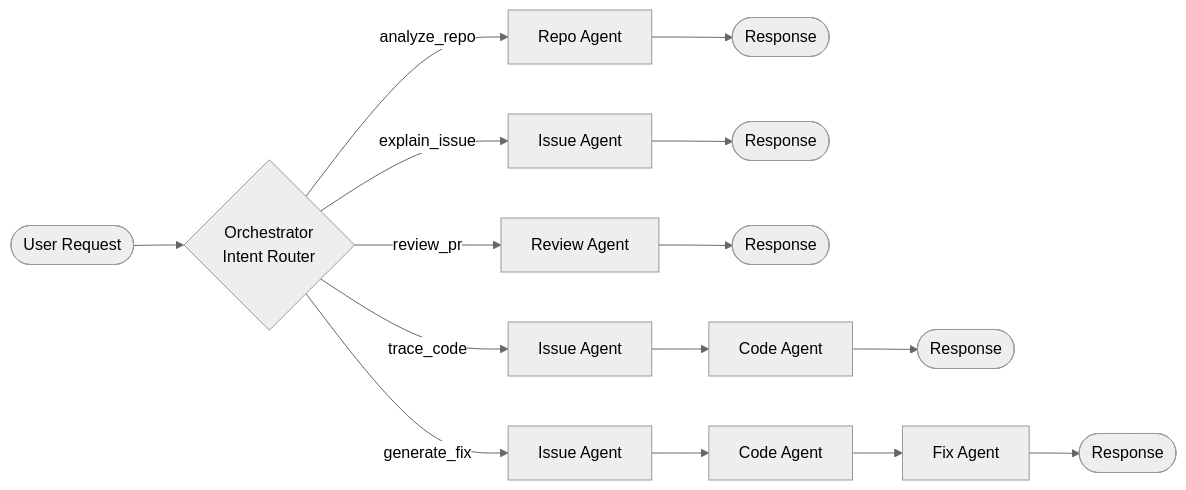
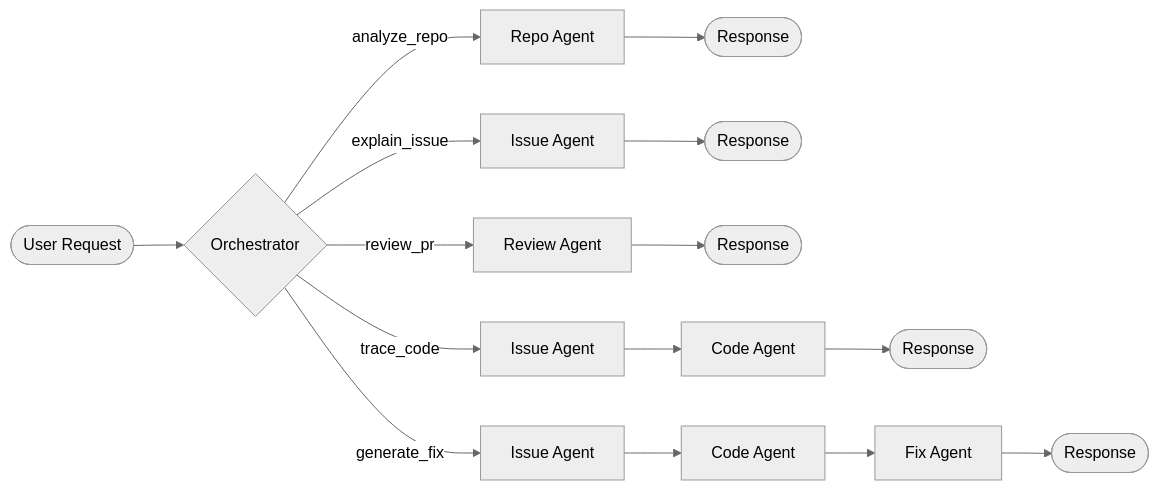
Before and after one commit to SSbhadoria21/Open-Source-Agent: the second of 2 diagrams in Readme.md, drawn with Mermaid (neutral theme). The commit also changed other lines of this file, not shown here.

````diff
--- a/Readme.md
+++ b/Readme.md
@@ -140,12 +90,10 @@
 ```mermaid
 flowchart LR
-    REQ([User Request]) --> ORCH{Orchestrator\nIntent Router}
+    REQ([User Request]) --> ORCH{Orchestrator}
 
-    ORCH -- analyze_repo --> REPO[Repo Agent] --> R1([Response])
-    ORCH -- explain_issue --> ISSUE[Issue Agent] --> R2([Response])
-    ORCH -- review_pr --> REVIEW[Review Agent] --> R3([Response])
-
-    ORCH -- trace_code --> ISSUE2[Issue Agent] --> CODE[Code Agent] --> R4([Response])
-
-    ORCH -- generate_fix --> ISSUE3[Issue Agent] --> CODE2[Code Agent] --> FIX[Fix Agent] --> R5([Response])
+    ORCH -->|analyze_repo| REPO[Repo Agent] --> R1([Response])
+    ORCH -->|explain_issue| ISSUE[Issue Agent] --> R2([Response])
+    ORCH -->|review_pr| REV[Review Agent] --> R3([Response])
+    ORCH -->|trace_code| IA2[Issue Agent] --> CA[Code Agent] --> R4([Response])
+    ORCH -->|generate_fix| IA3[Issue Agent] --> CA2[Code Agent] --> FA[Fix Agent] --> R5([Response])
 ```
````
